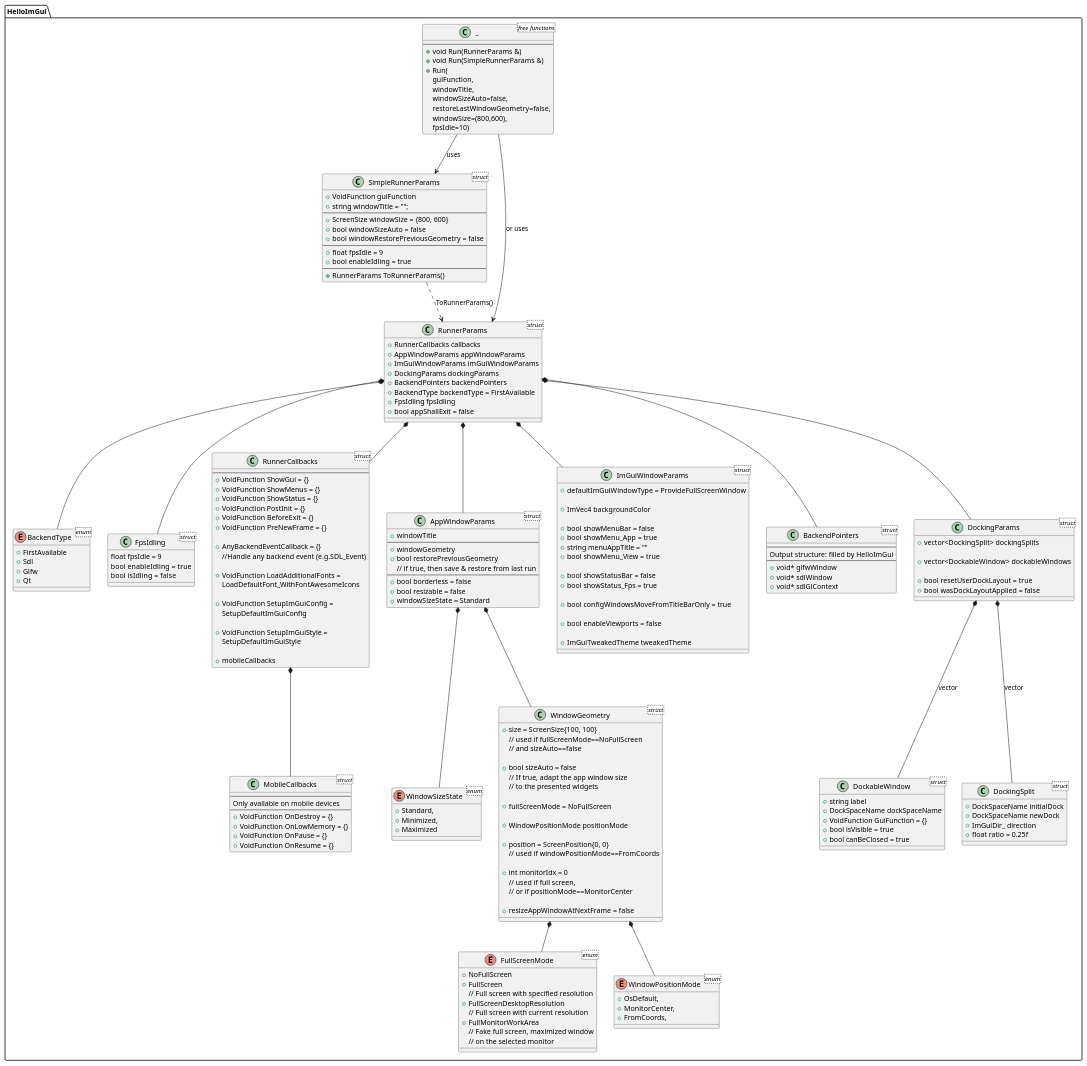
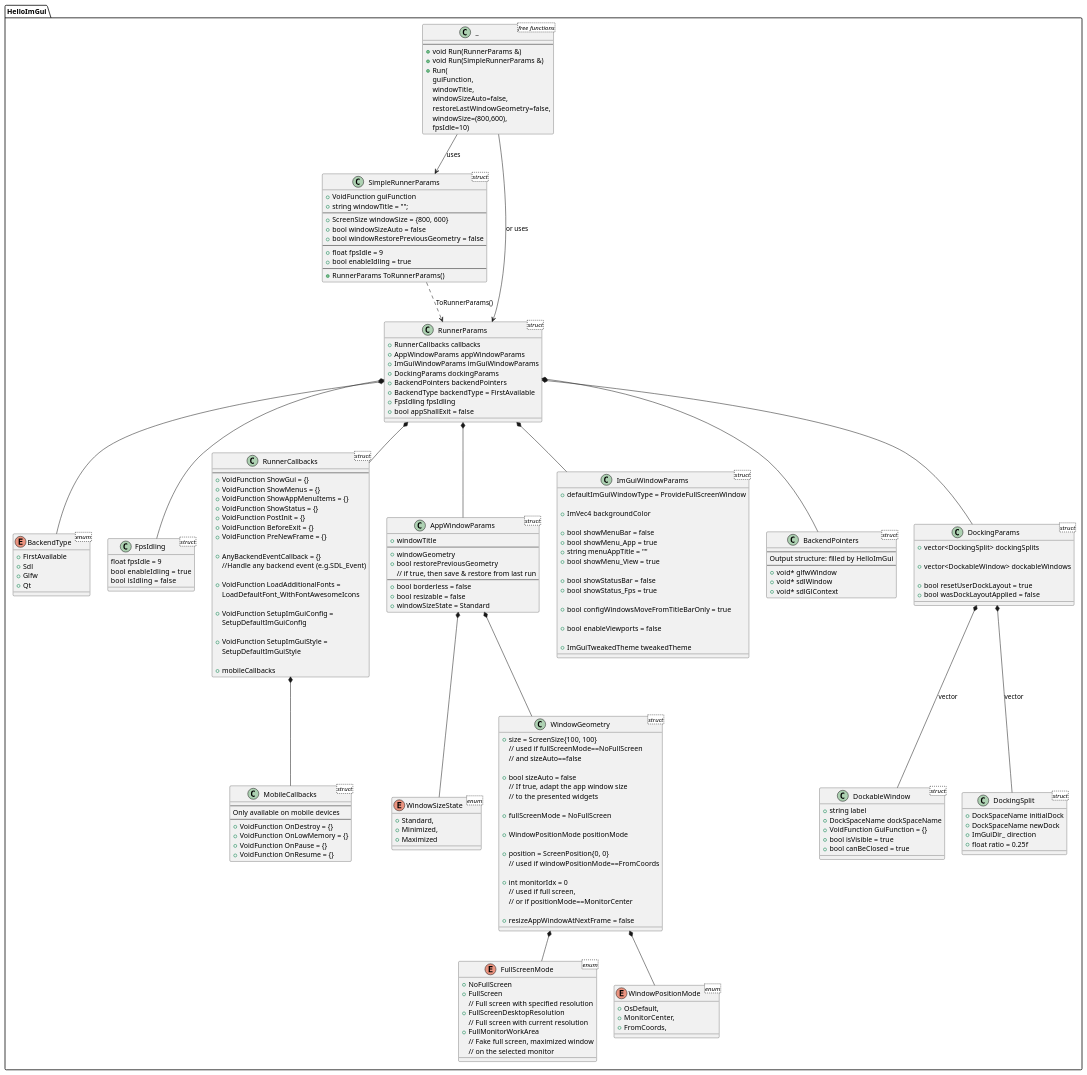
Before and after one commit to pthom/hello_imgui: the diagram in src/hello_imgui/doc_src/hello_imgui_diagram.puml, drawn with PlantUML. The commit also changed 3 other files, not shown here.

Commit message:
Add RunnerCallbacks::ShowAppMenuItems

```diff
--- a/src/hello_imgui/doc_src/hello_imgui_diagram.puml
+++ b/src/hello_imgui/doc_src/hello_imgui_diagram.puml
@@ -62,6 +62,7 @@
     ---
     + VoidFunction ShowGui = {}
     + VoidFunction ShowMenus = {}
+    + VoidFunction ShowAppMenuItems = {}
     + VoidFunction ShowStatus = {}
     + VoidFunction PostInit = {}
     + VoidFunction BeforeExit = {}
```
